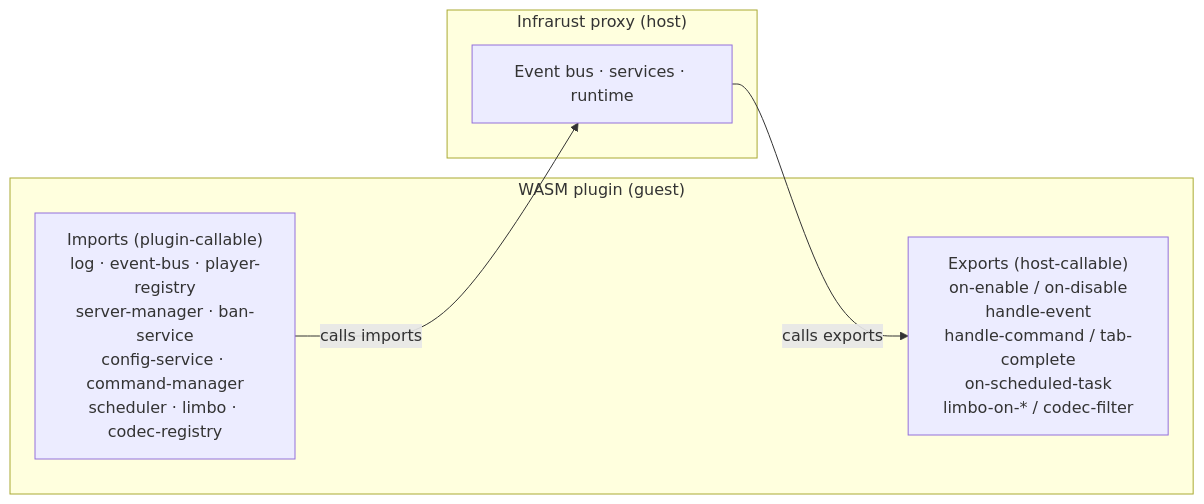
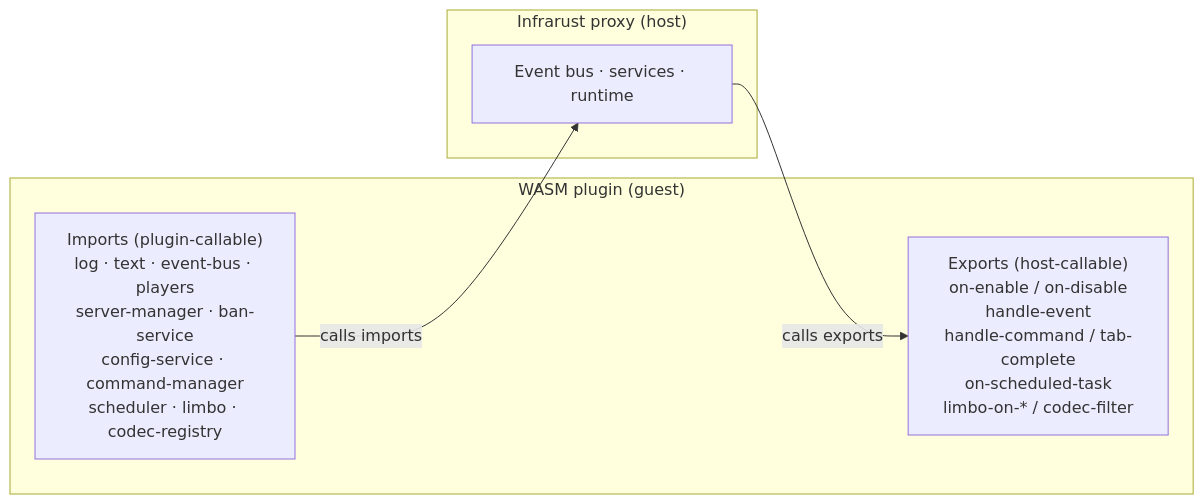
One commit to Shadowner/Infrarust changed the diagram in docs/v2/plugins/wasm/architecture.md. Above: the diagram before and after it, drawn with Mermaid. The commit also changed other lines of this file and 132 other files, not shown here.

````diff
--- a/docs/v2/plugins/wasm/architecture.md
+++ b/docs/v2/plugins/wasm/architecture.md
@@ -66,12 +70,12 @@
 ```mermaid
 flowchart LR
     subgraph Guest["WASM plugin (guest)"]
         EX["Exports (host-callable)<br/>on-enable / on-disable<br/>handle-event<br/>handle-command / tab-complete<br/>on-scheduled-task<br/>limbo-on-* / codec-filter"]
-        IM["Imports (plugin-callable)<br/>log · event-bus · player-registry<br/>server-manager · ban-service<br/>config-service · command-manager<br/>scheduler · limbo · codec-registry"]
+        IM["Imports (plugin-callable)<br/>log · text · event-bus · players<br/>server-manager · ban-service<br/>config-service · command-manager<br/>scheduler · limbo · codec-registry"]
     end
     subgraph Host["Infrarust proxy (host)"]
         H["Event bus · services · runtime"]
     end
     H -- "calls exports" --> EX
     IM -- "calls imports" --> H
 ```
````
